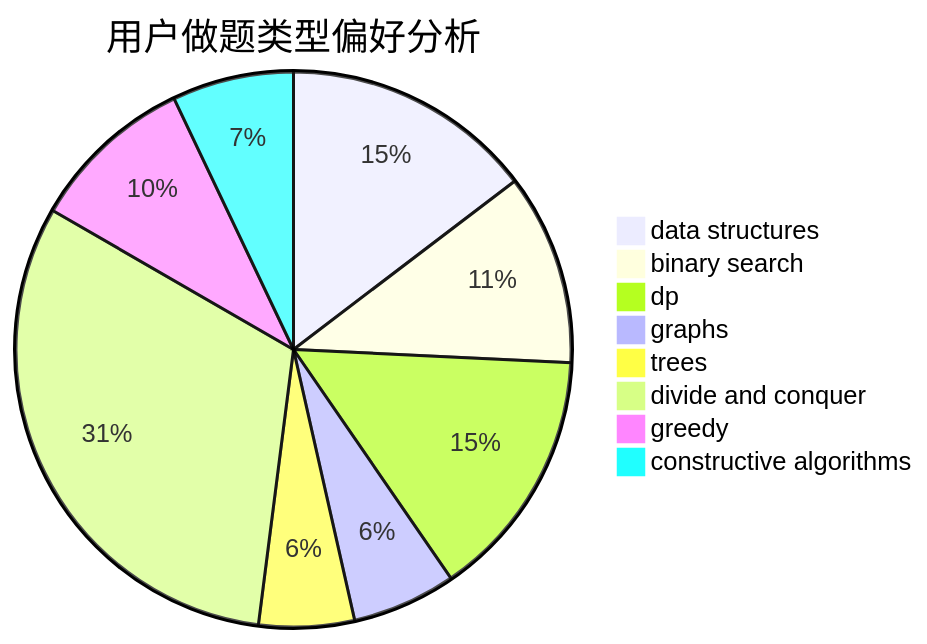
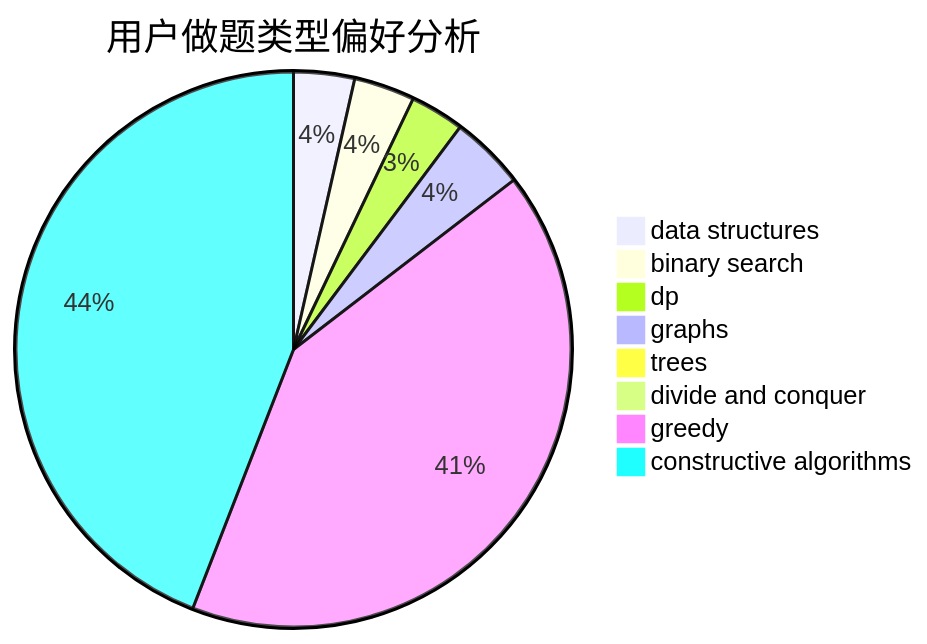
Before and after one commit to sherpahu/cfrs.github.io: the second of 3 diagrams in docs/user/u1349.md, drawn with Mermaid. The commit also changed other lines of this file and 2770 other files, not shown here.

````diff
--- a/docs/user/u1349.md
+++ b/docs/user/u1349.md
@@ -23,11 +23,11 @@
 ```mermaid
 pie title 用户做题类型偏好分析
-    "data structures" :  29
-    "binary search" :  22
-    "dp" :  29
-    "graphs" :  12
-    "trees" :  11
-    "divide and conquer" :  62
-    "greedy" :  19
-    "constructive algorithms" :  14
+    "data structures" :  9
+    "binary search" :  9
+    "dp" :  8
+    "graphs" :  11
+    "trees" :  0
+    "divide and conquer" :  0
+    "greedy" :  105
+    "constructive algorithms" :  112
 ```
````
